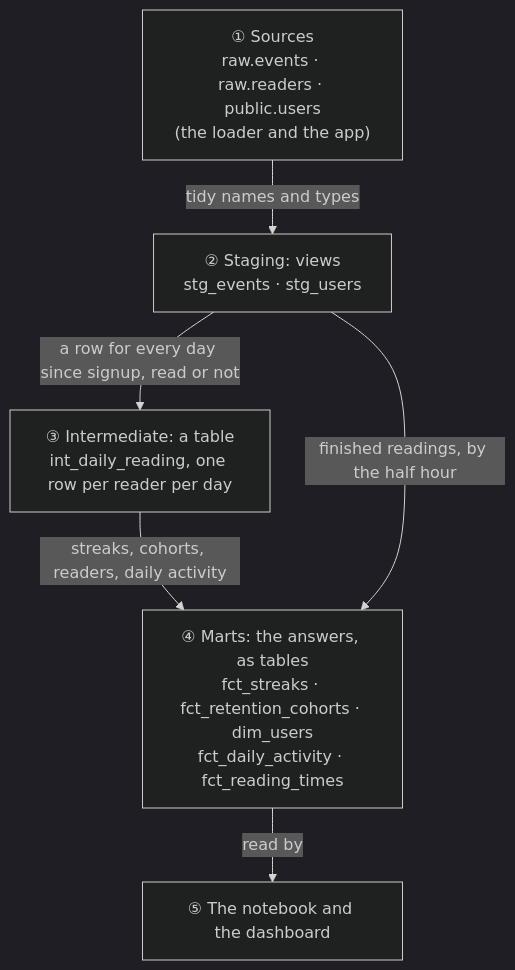
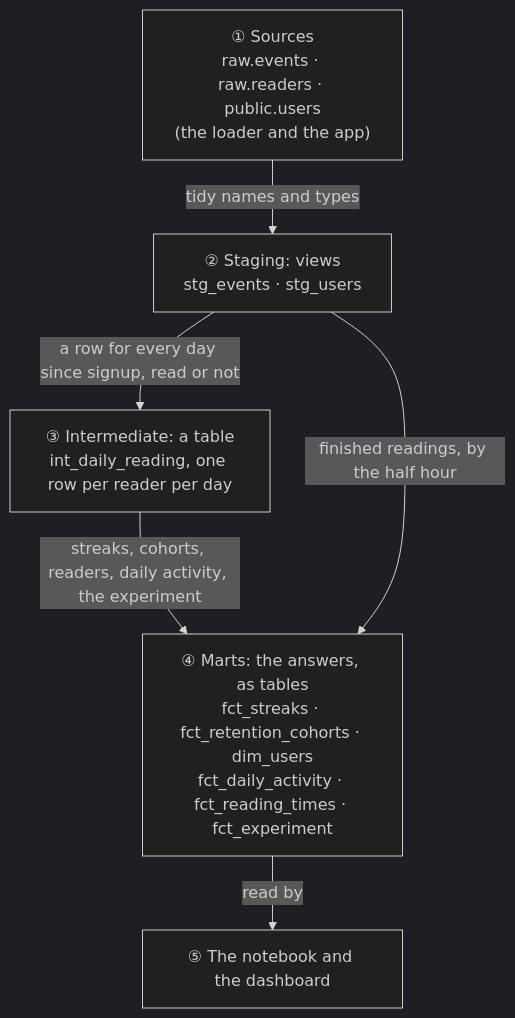
One commit to OGobidike/Morning-Manna changed the diagram in analytics/README.md. Above: the diagram before and after it, drawn with Mermaid (dark theme). The commit also changed other lines of this file and 18 other files, not shown here.

Commit message:
Give the pretend readers reminder groups, and build the experiment's table (Card 6.3.3) (#63)

````diff
--- a/analytics/README.md
+++ b/analytics/README.md
@@ -71,13 +71,13 @@
 ```mermaid
 flowchart TD
     S["① Sources<br/>raw.events · raw.readers · public.users<br/>(the loader and the app)"]
     G["② Staging: views<br/>stg_events · stg_users"]
     I["③ Intermediate: a table<br/>int_daily_reading, one row per reader per day"]
-    M["④ Marts: the answers, as tables<br/>fct_streaks · fct_retention_cohorts · dim_users<br/>fct_daily_activity · fct_reading_times"]
+    M["④ Marts: the answers, as tables<br/>fct_streaks · fct_retention_cohorts · dim_users<br/>fct_daily_activity · fct_reading_times · fct_experiment"]
     D["⑤ The notebook and the dashboard"]
     S -->|tidy names and types| G
     G -->|a row for every day since signup, read or not| I
-    I -->|streaks, cohorts, readers, daily activity| M
+    I -->|streaks, cohorts, readers, daily activity, the experiment| M
     G -->|finished readings, by the half hour| M
     M -->|read by| D
 ```
````
